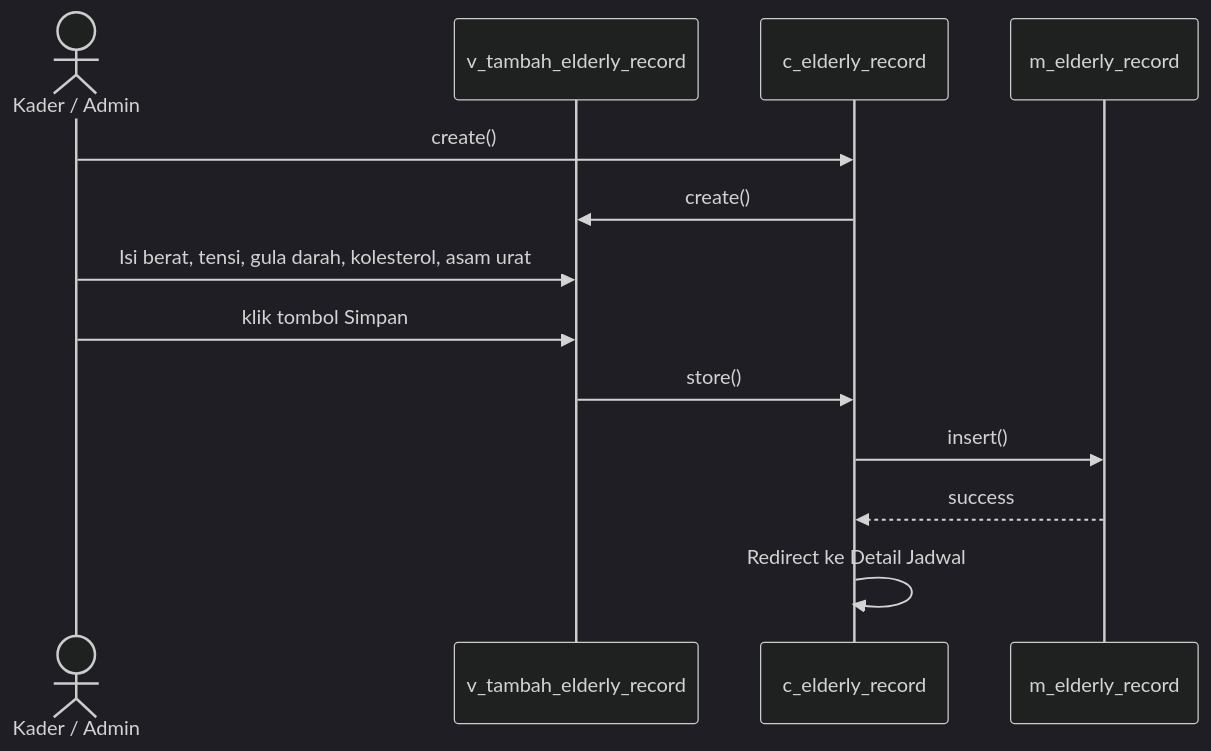
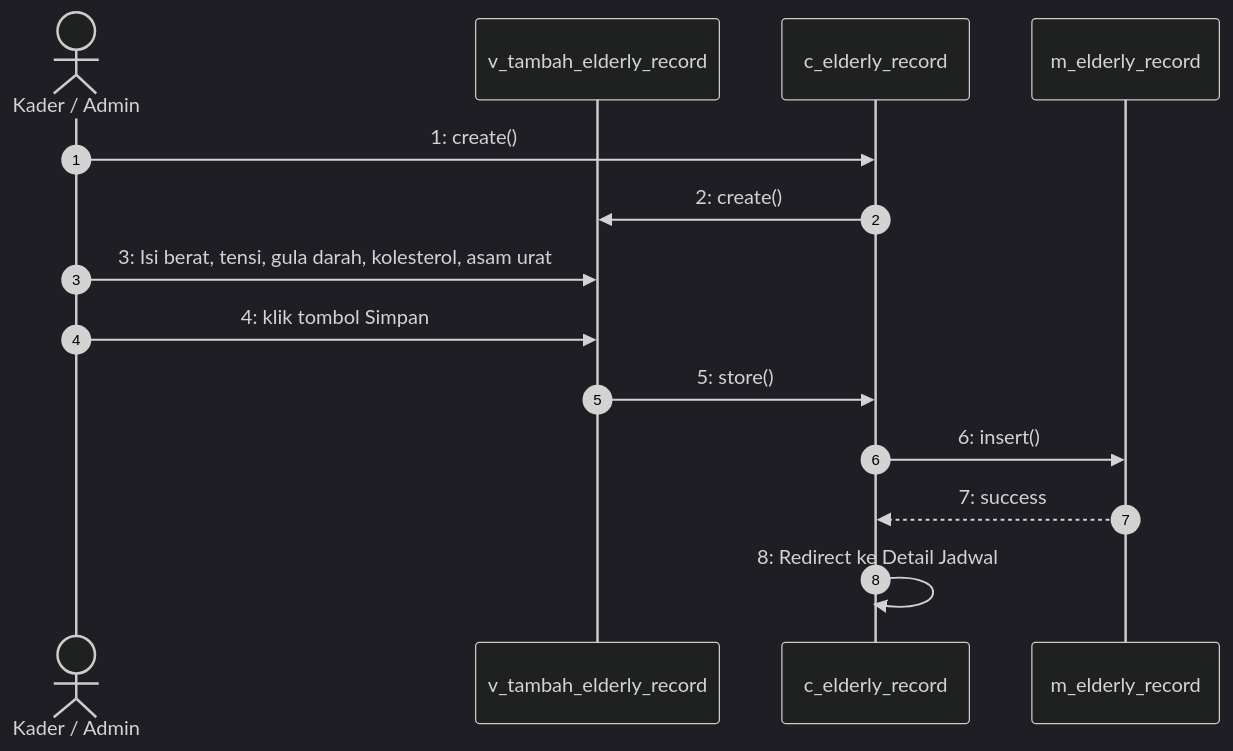
Diagram 16 of 16 in plan-diagram.md (ahmadsanny2/posyandu-app), drawn with Mermaid (dark theme) before and after one commit. The commit also changed other lines of this file, not shown here.

Commit message:
docs: add sequence diagram autonumbering and manual labels

````diff
--- a/plan-diagram.md
+++ b/plan-diagram.md
@@ -615,16 +624,17 @@
 ```mermaid
 sequenceDiagram
+    autonumber
     actor Kader as Kader / Admin
     participant Boundary as v_tambah_elderly_record
     participant Control as c_elderly_record
     participant Entity as m_elderly_record
 
-    Kader->>Control: create()
-    Control->>Boundary: create()
-    Kader->>Boundary: Isi berat, tensi, gula darah, kolesterol, asam urat
-    Kader->>Boundary: klik tombol Simpan
-    Boundary->>Control: store()
-    Control->>Entity: insert()
-    Entity-->>Control: success
-    Control->>Control: Redirect ke Detail Jadwal
+    Kader->>Control: 1: create()
+    Control->>Boundary: 2: create()
+    Kader->>Boundary: 3: Isi berat, tensi, gula darah, kolesterol, asam urat
+    Kader->>Boundary: 4: klik tombol Simpan
+    Boundary->>Control: 5: store()
+    Control->>Entity: 6: insert()
+    Entity-->>Control: 7: success
+    Control->>Control: 8: Redirect ke Detail Jadwal
 ```
````
